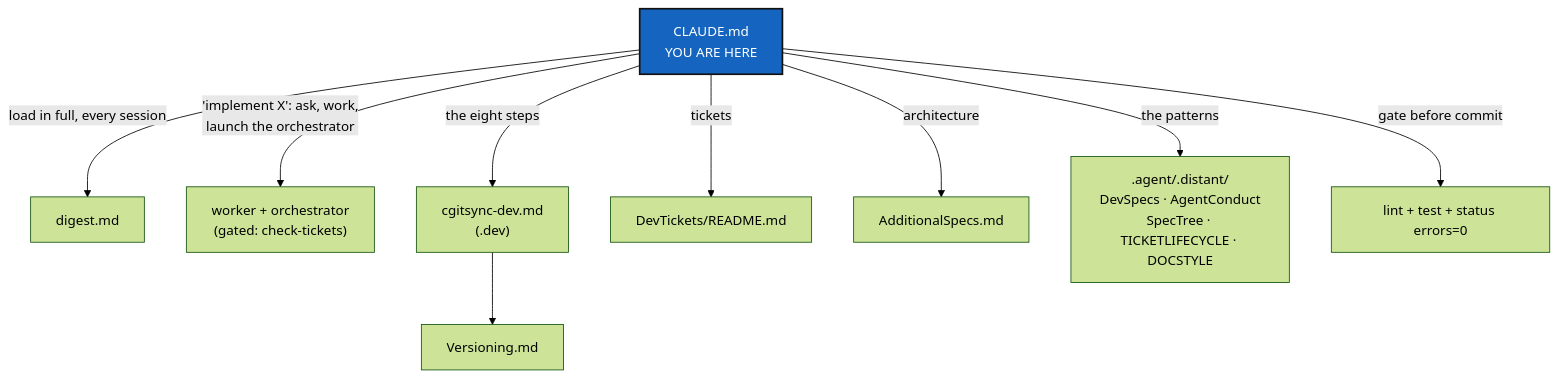
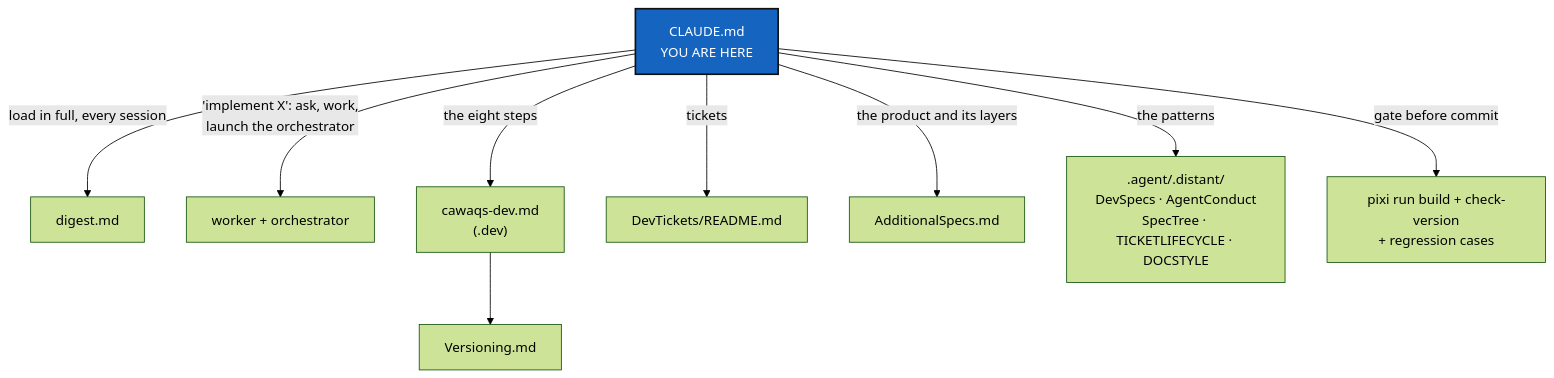
Before and after one commit to flipoyo/.claude: the diagram in CLAUDE.md, drawn with Mermaid (forest theme). The commit also changed other lines of this file and 1 other file, not shown here.

Commit message:
cawaqs-4.3.0 SemVer in C, libprint 1.25, versioning.py in .dev, scripts 1.0.0 with -p/-b and build_tree.sh Releases 4.2.0 and 4.3.0 delivered as one change (D15); src/Makefile V_CAW is unquoted; no main moved

````diff
--- a/CLAUDE.md
+++ b/CLAUDE.md
@@ -35,14 +32,14 @@
 ```mermaid
 graph TD
     CLAUDE["CLAUDE.md<br/>YOU ARE HERE"] -->|"load in full, every session"| DIGEST["digest.md"]
-    CLAUDE -->|"'implement X': ask, work,<br/>launch the orchestrator"| PAIR["worker + orchestrator<br/>(gated: check-tickets)"]
-    CLAUDE -->|"the eight steps"| DEV["cgitsync-dev.md<br/>(.dev)"]
+    CLAUDE -->|"'implement X': ask, work,<br/>launch the orchestrator"| PAIR["worker + orchestrator"]
+    CLAUDE -->|"the eight steps"| DEV["cawaqs-dev.md<br/>(.dev)"]
     DEV --> VER["Versioning.md"]
     CLAUDE -->|"tickets"| TK["DevTickets/README.md"]
-    CLAUDE -->|"architecture"| SPEC["AdditionalSpecs.md"]
+    CLAUDE -->|"the product and its layers"| SPEC["AdditionalSpecs.md"]
     CLAUDE -->|"the patterns"| DIST[".agent/.distant/<br/>DevSpecs · AgentConduct<br/>SpecTree · TICKETLIFECYCLE · DOCSTYLE"]
-    CLAUDE -->|"gate before commit"| CI["lint + test + status errors=0"]
+    CLAUDE -->|"gate before commit"| CI["pixi run build + check-version<br/>+ regression cases"]
 
     classDef here fill:#1565C0,color:#fff,stroke:#111,stroke-width:2px;
     class CLAUDE here;
 ```
````
